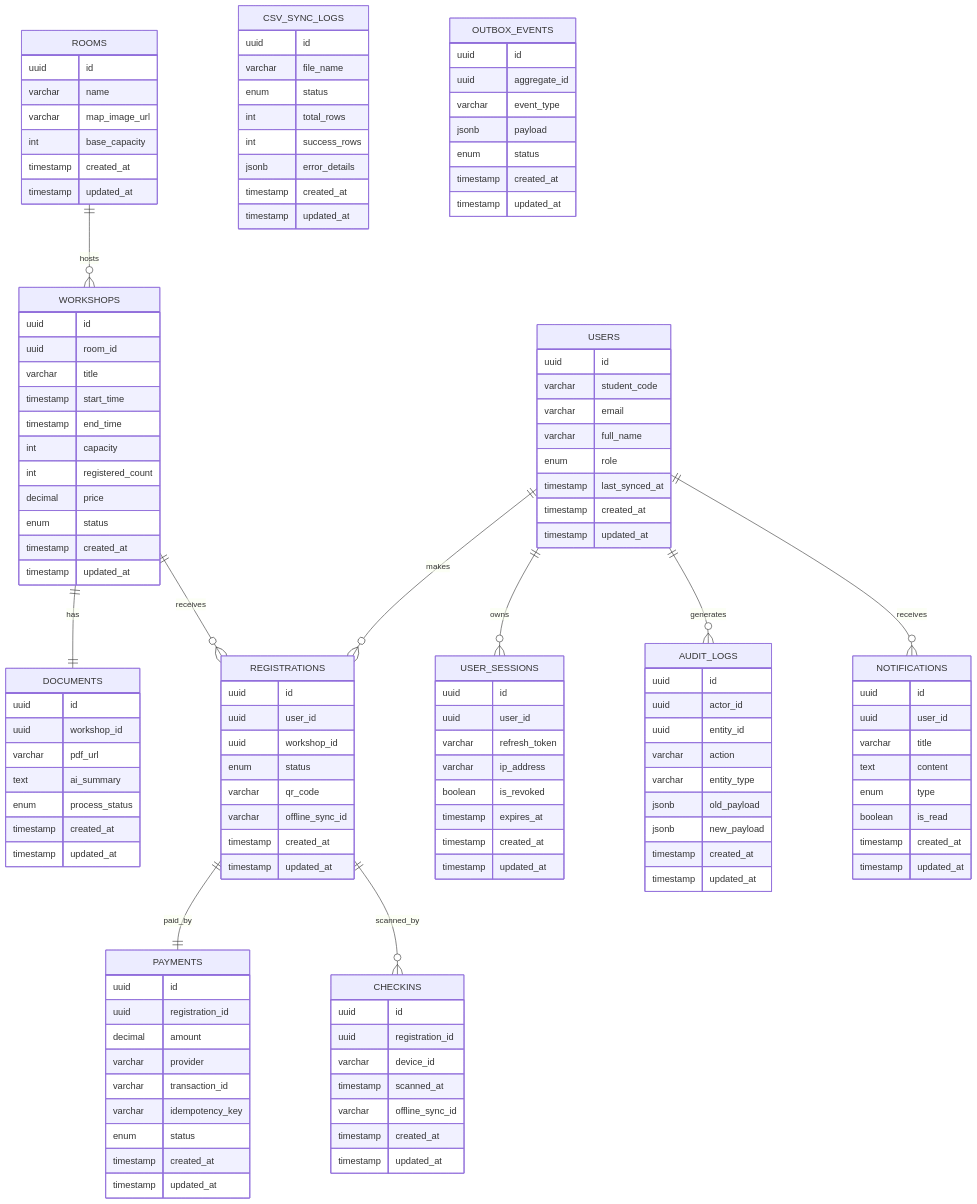
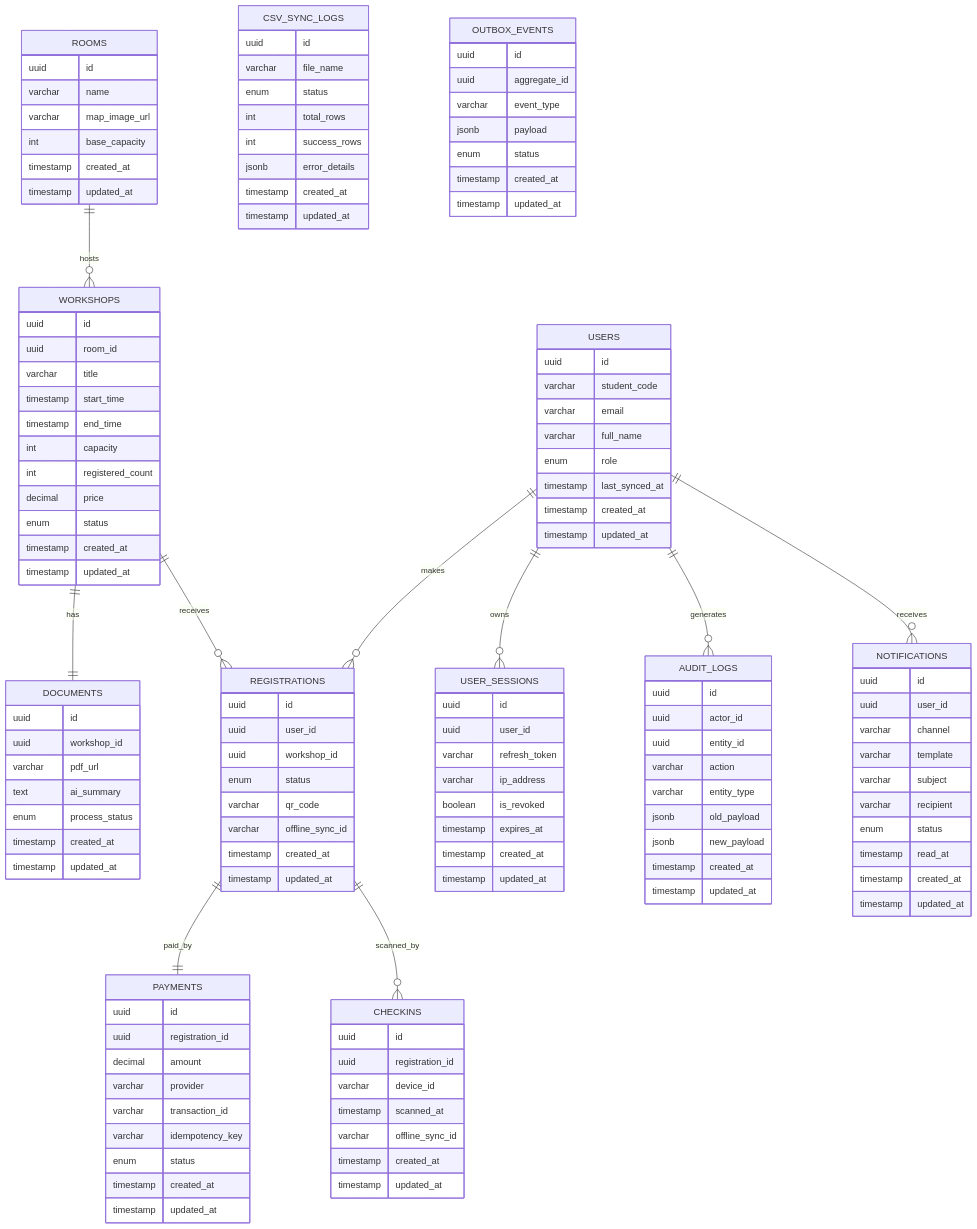
One commit to AkiraTomori/unihub_workshop changed the fourth of 8 diagrams in blueprint/design.md. Above: the diagram before and after it, drawn with Mermaid. The commit also changed other lines of this file and 16 other files, not shown here.

```diff
--- a/blueprint/design.md
+++ b/blueprint/design.md
@@ -225,10 +231,12 @@
     NOTIFICATIONS {
         uuid id
         uuid user_id
-        varchar title
-        text content
-        enum type
-        boolean is_read
+        varchar channel
+        varchar template
+        varchar subject
+        varchar recipient
+        enum status
+        timestamp read_at
         timestamp created_at
         timestamp updated_at
     }
```
